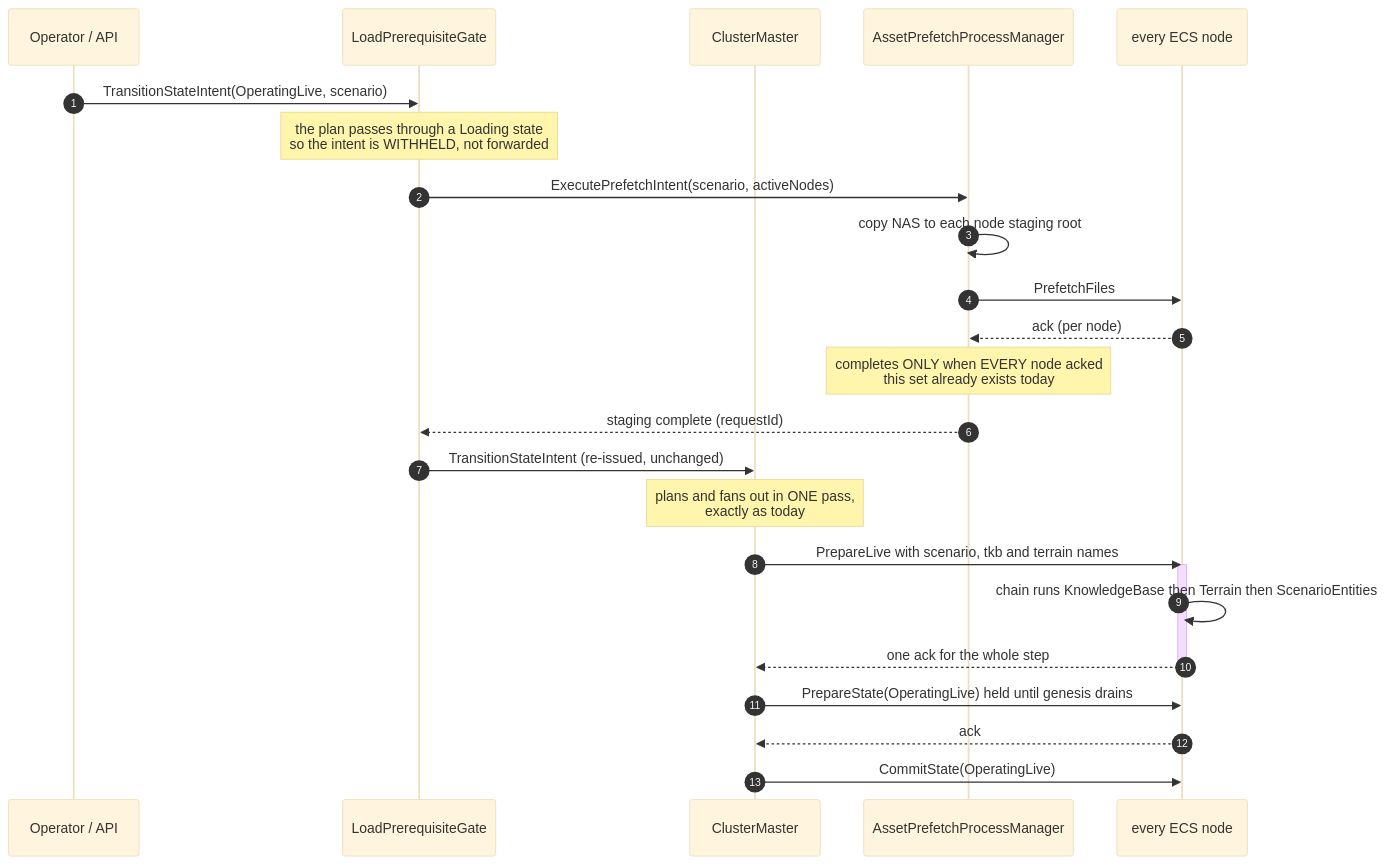
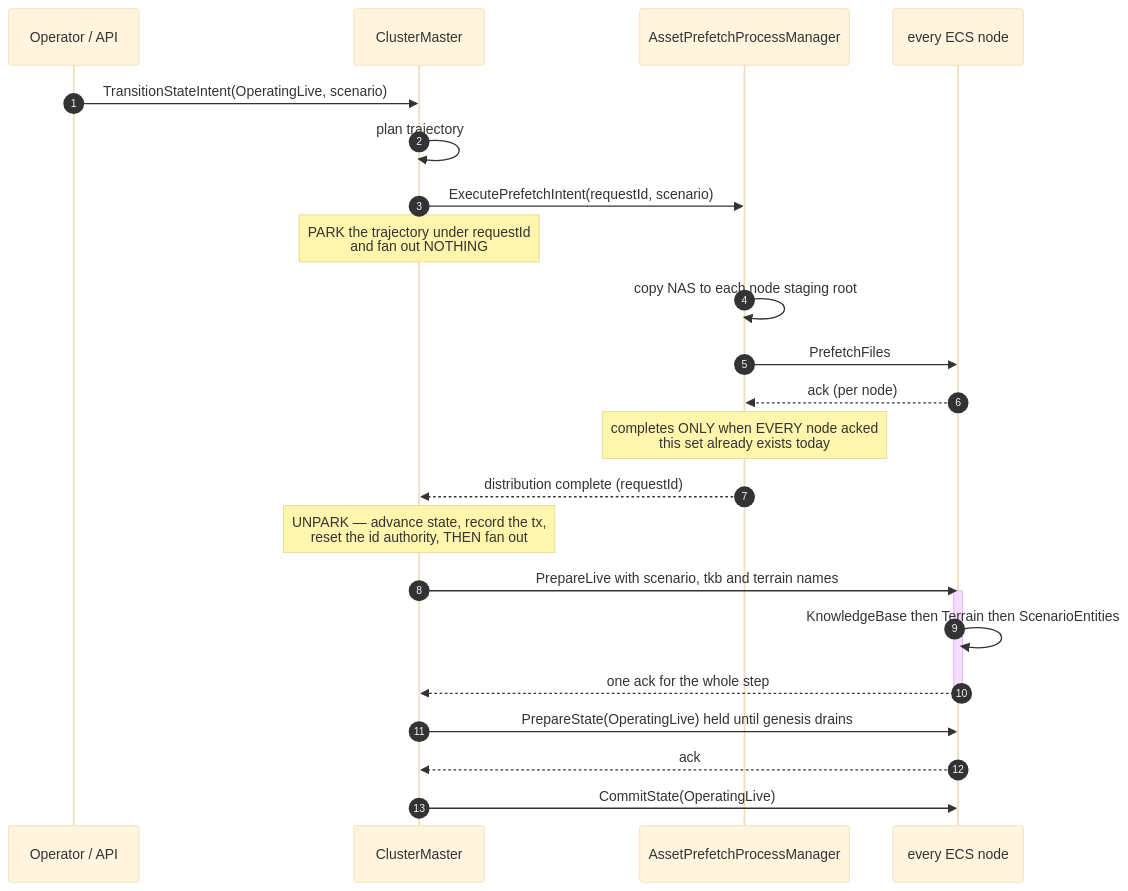
The fifth of 6 diagrams in docs/DESIGN_Cluster_Load_Phase.md (pjanec/HROT), drawn with Mermaid (base theme) before and after one commit. The commit also changed other lines of this file, not shown here.

First line of the commit message:
docs(load-phase): L8 — the wait moves INSIDE ClusterMaster, as a parked transition

````diff
--- a/docs/DESIGN_Cluster_Load_Phase.md
+++ b/docs/DESIGN_Cluster_Load_Phase.md
@@ -541,28 +555,27 @@
 ```mermaid
 sequenceDiagram
   autonumber
   participant OP as Operator / API
-  participant GATE as LoadPrerequisiteGate
   participant CM as ClusterMaster
   participant PF as AssetPrefetchProcessManager
   participant N as every ECS node
 
-  OP->>GATE: TransitionStateIntent(OperatingLive, scenario)
-  Note over GATE: the plan passes through a Loading state<br/>so the intent is WITHHELD, not forwarded
-  GATE->>PF: ExecutePrefetchIntent(scenario, activeNodes)
+  OP->>CM: TransitionStateIntent(OperatingLive, scenario)
+  CM->>CM: plan trajectory
+  CM->>PF: ExecutePrefetchIntent(requestId, scenario)
+  Note over CM: PARK the trajectory under requestId<br/>and fan out NOTHING
   PF->>PF: copy NAS to each node staging root
   PF->>N: PrefetchFiles
   N-->>PF: ack (per node)
   Note over PF: completes ONLY when EVERY node acked<br/>this set already exists today
-  PF-->>GATE: staging complete (requestId)
-  GATE->>CM: TransitionStateIntent (re-issued, unchanged)
-  Note over CM: plans and fans out in ONE pass,<br/>exactly as today
+  PF-->>CM: distribution complete (requestId)
+  Note over CM: UNPARK — advance state, record the tx,<br/>reset the id authority, THEN fan out
   CM->>N: PrepareLive with scenario, tkb and terrain names
   activate N
-  N->>N: chain runs KnowledgeBase then Terrain then ScenarioEntities
+  N->>N: KnowledgeBase then Terrain then ScenarioEntities
   N-->>CM: one ack for the whole step
   deactivate N
   CM->>N: PrepareState(OperatingLive) held until genesis drains
   N-->>CM: ack
   CM->>N: CommitState(OperatingLive)
 ```
````
